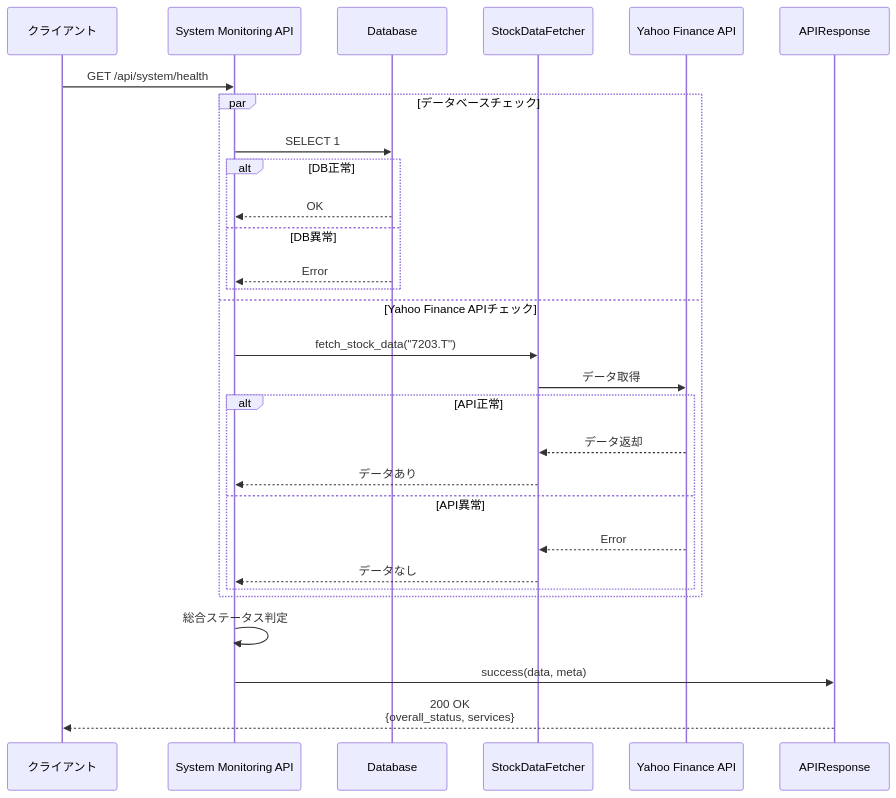
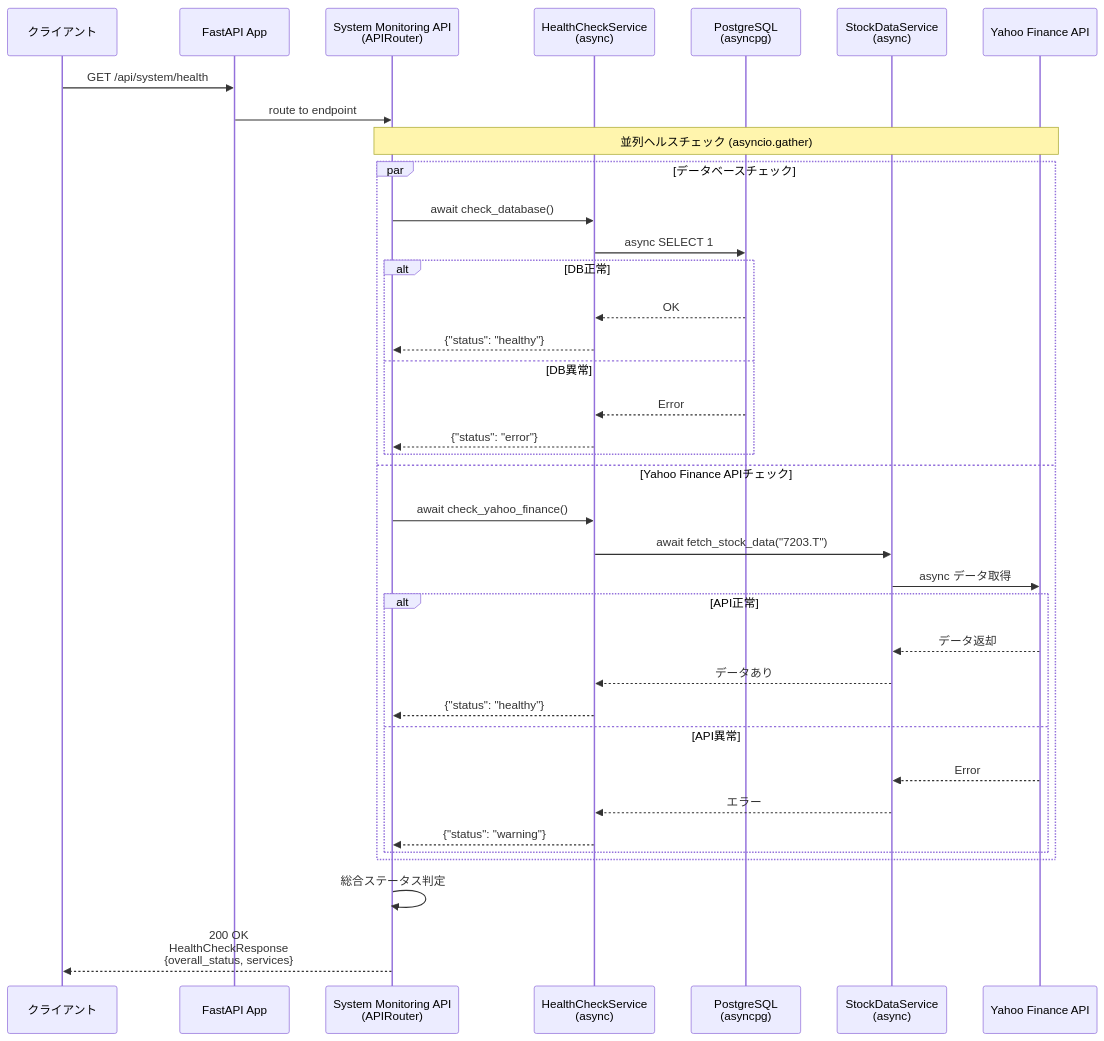
Before and after one commit to TIMMY-WEST/STOCK-INVESTMENT-ANALYZER: the fifth of 6 diagrams in docs/architecture/layers/api_layer.md, drawn with Mermaid. The commit also changed other lines of this file and 1 other file, not shown here.

````diff
--- a/docs/architecture/layers/api_layer.md
+++ b/docs/architecture/layers/api_layer.md
@@ -307,34 +349,43 @@
 ```mermaid
 sequenceDiagram
     participant Client as クライアント
-    participant SysAPI as System Monitoring API
-    participant DB as Database
-    participant Fetcher as StockDataFetcher
+    participant FastAPI as FastAPI App
+    participant SysAPI as System Monitoring API<br/>(APIRouter)
+    participant HealthSvc as HealthCheckService<br/>(async)
+    participant DB as PostgreSQL<br/>(asyncpg)
+    participant StockSvc as StockDataService<br/>(async)
     participant YFinance as Yahoo Finance API
-    participant Response as APIResponse
 
-    Client->>SysAPI: GET /api/system/health
+    Client->>FastAPI: GET /api/system/health
+    FastAPI->>SysAPI: route to endpoint
+
+    Note over SysAPI,YFinance: 並列ヘルスチェック (asyncio.gather)
 
     par データベースチェック
-        SysAPI->>DB: SELECT 1
+        SysAPI->>HealthSvc: await check_database()
+        HealthSvc->>DB: async SELECT 1
         alt DB正常
-            DB-->>SysAPI: OK
+            DB-->>HealthSvc: OK
+            HealthSvc-->>SysAPI: {"status": "healthy"}
         else DB異常
-            DB-->>SysAPI: Error
+            DB-->>HealthSvc: Error
+            HealthSvc-->>SysAPI: {"status": "error"}
         end
     and Yahoo Finance APIチェック
-        SysAPI->>Fetcher: fetch_stock_data("7203.T")
-        Fetcher->>YFinance: データ取得
+        SysAPI->>HealthSvc: await check_yahoo_finance()
+        HealthSvc->>StockSvc: await fetch_stock_data("7203.T")
+        StockSvc->>YFinance: async データ取得
         alt API正常
-            YFinance-->>Fetcher: データ返却
-            Fetcher-->>SysAPI: データあり
+            YFinance-->>StockSvc: データ返却
+            StockSvc-->>HealthSvc: データあり
+            HealthSvc-->>SysAPI: {"status": "healthy"}
         else API異常
-            YFinance-->>Fetcher: Error
-            Fetcher-->>SysAPI: データなし
+            YFinance-->>StockSvc: Error
+            StockSvc-->>HealthSvc: エラー
+            HealthSvc-->>SysAPI: {"status": "warning"}
         end
     end
 
     SysAPI->>SysAPI: 総合ステータス判定
-    SysAPI->>Response: success(data, meta)
-    Response-->>Client: 200 OK<br/>{overall_status, services}
+    SysAPI-->>Client: 200 OK<br/>HealthCheckResponse<br/>{overall_status, services}
 ```
````
